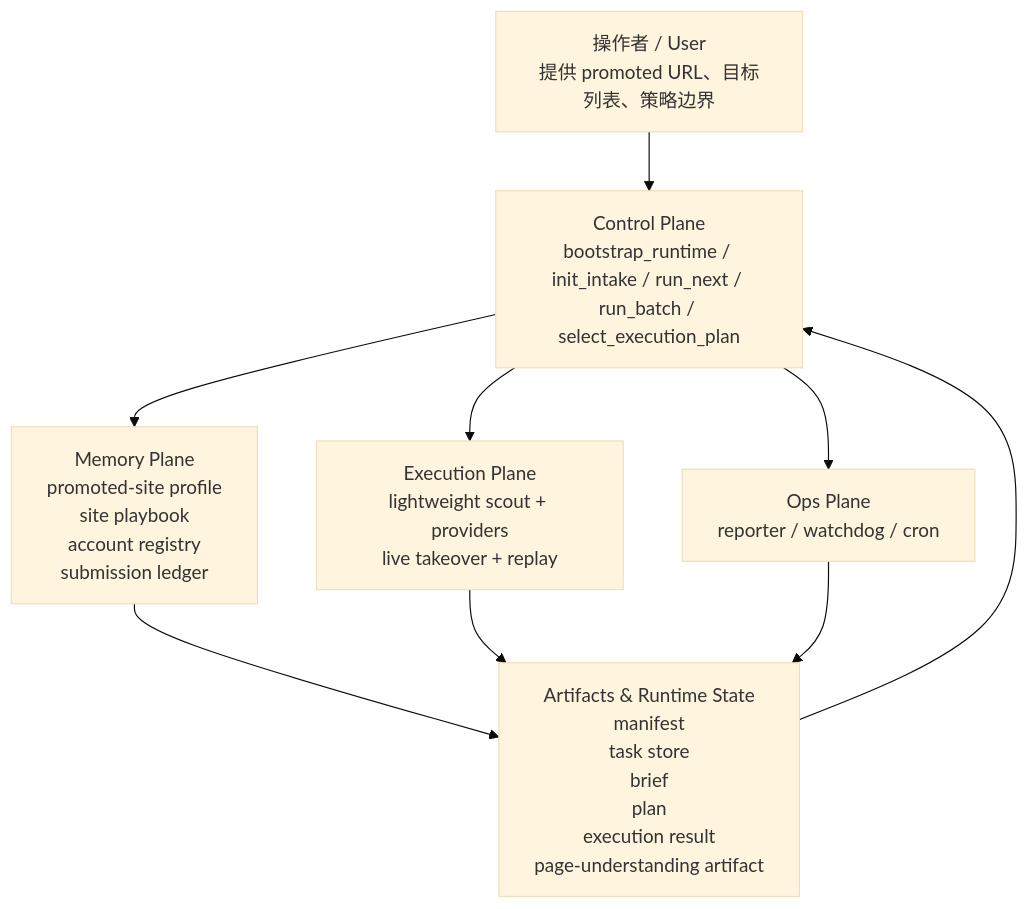
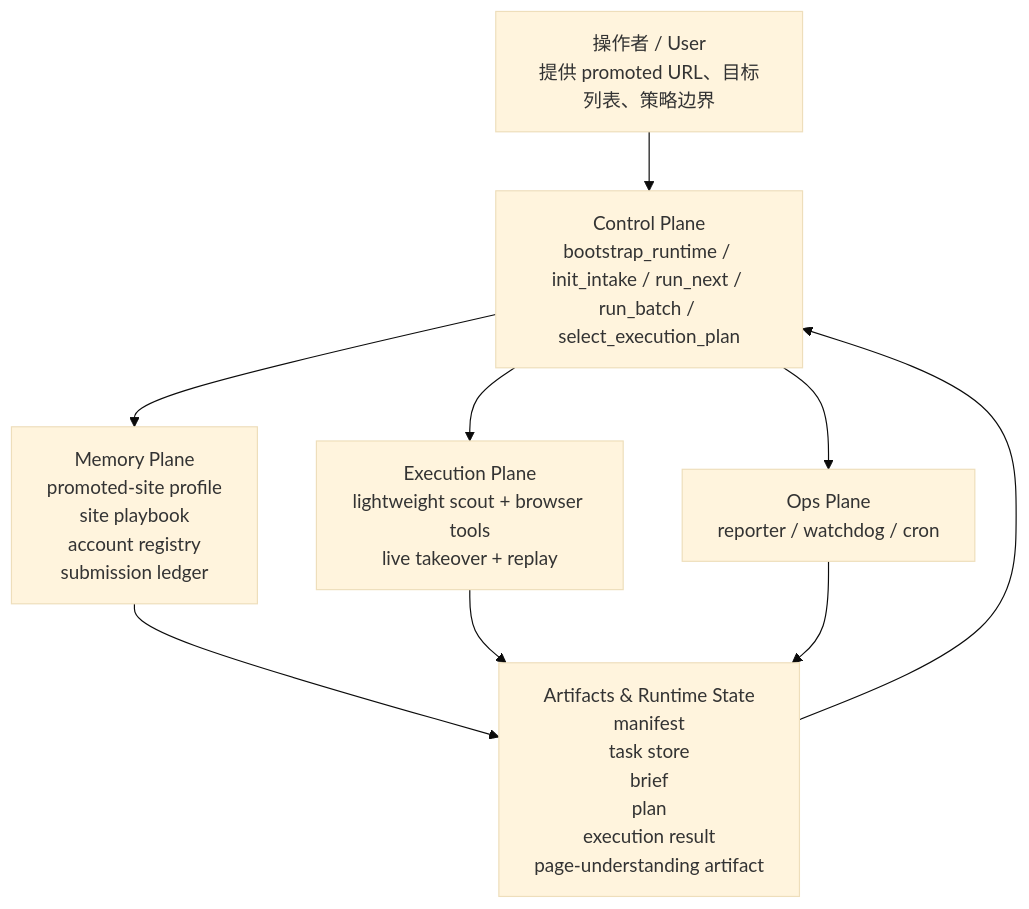
One commit to glassesmonkey/backlinkfecther changed the first of 16 diagrams in technical-architecture-diagrams-zh.md. Above: the diagram before and after it, drawn with Mermaid (base theme). The commit also changed other lines of this file and 25 other files, not shown here.

````diff
--- a/technical-architecture-diagrams-zh.md
+++ b/technical-architecture-diagrams-zh.md
@@ -24,14 +24,14 @@
 ```mermaid
 flowchart TB
     U[操作者 / User\n提供 promoted URL、目标列表、策略边界] --> C[Control Plane\nbootstrap_runtime / init_intake / run_next / run_batch / select_execution_plan]
 
     C --> M[Memory Plane\npromoted-site profile\nsite playbook\naccount registry\nsubmission ledger]
-    C --> E[Execution Plane\nlightweight scout + providers\nlive takeover + replay]
+    C --> E[Execution Plane\nlightweight scout + browser tools\nlive takeover + replay]
     C --> O[Ops Plane\nreporter / watchdog / cron]
 
     M --> A[Artifacts & Runtime State\nmanifest\ntask store\nbrief\nplan\nexecution result\npage-understanding artifact]
     E --> A
     O --> A
 
     A --> C
 ```
````
